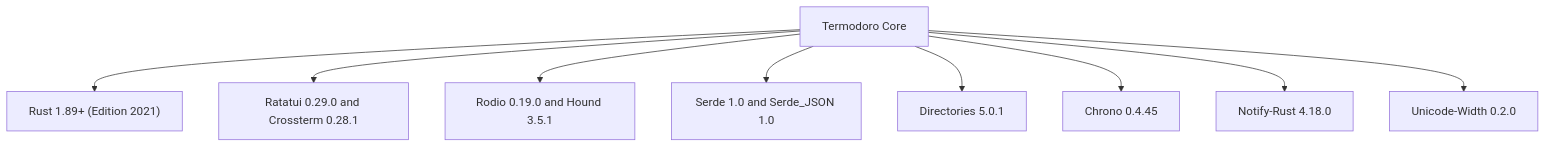
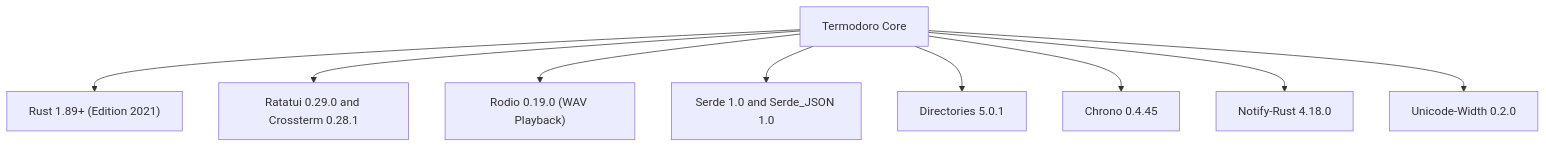
One commit to amanalip/Termodoro changed the first of 4 diagrams in System_design.md. Above: the diagram before and after it, drawn with Mermaid. The commit also changed other lines of this file and 3 other files, not shown here.

````diff
--- a/System_design.md
+++ b/System_design.md
@@ -57,11 +57,11 @@
 ```mermaid
 graph TD
     A["Termodoro Core"] --> B["Rust 1.89+ (Edition 2021)"]
     A --> C["Ratatui 0.29.0 and Crossterm 0.28.1"]
-    A --> D["Rodio 0.19.0 and Hound 3.5.1"]
+    A --> D["Rodio 0.19.0 (WAV Playback)"]
     A --> E["Serde 1.0 and Serde_JSON 1.0"]
     A --> F["Directories 5.0.1"]
     A --> G["Chrono 0.4.45"]
     A --> H["Notify-Rust 4.18.0"]
     A --> I["Unicode-Width 0.2.0"]
 ```
````
